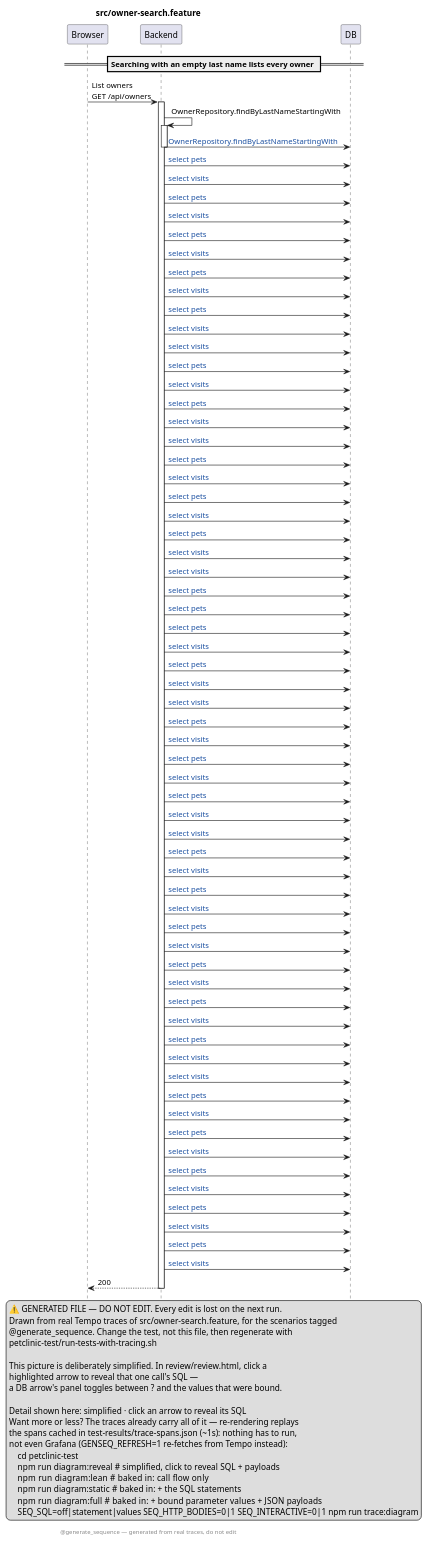
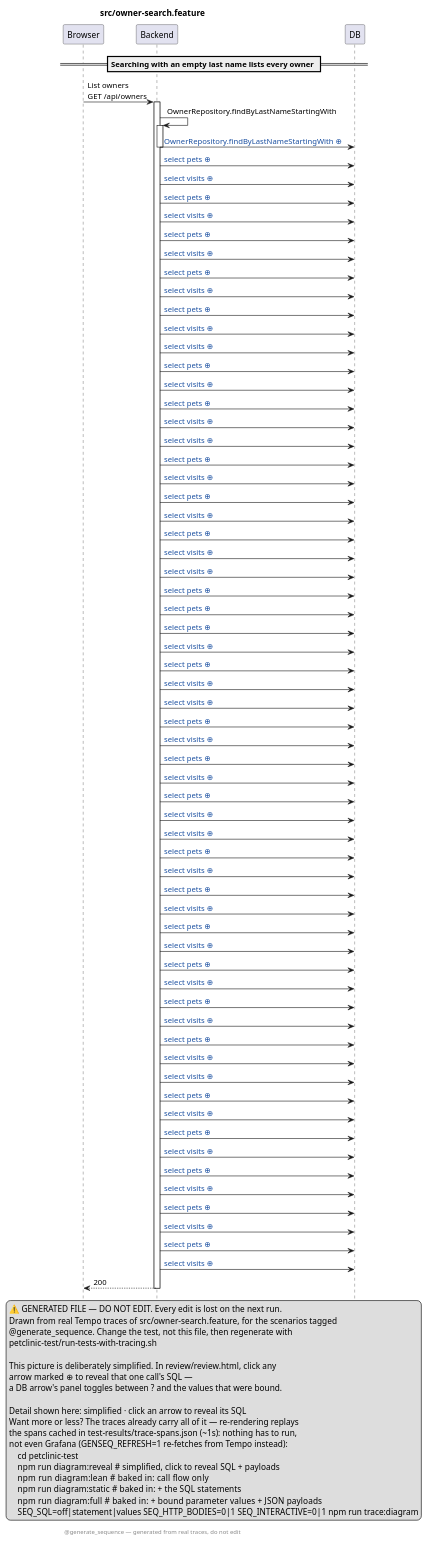
Before and after one commit to victorrentea/petclinic: the diagram in petclinic-test/src/owner-search.feature.genseq.puml, drawn with PlantUML. The commit also changed 4 other files, not shown here.

```diff
--- a/petclinic-test/src/owner-search.feature.genseq.puml
+++ b/petclinic-test/src/owner-search.feature.genseq.puml
@@ -1,101 +1,101 @@
 @startuml
 ' ⚠️  GENERATED FILE — DO NOT EDIT. Every edit is lost on the next run.
 hide footbox
 skinparam hyperlinkUnderline false
 skinparam hyperlinkColor #1A4FA0
 title src/owner-search.feature
 legend right
   ⚠️  GENERATED FILE — DO NOT EDIT. Every edit is lost on the next run.
   Drawn from real Tempo traces of src/owner-search.feature, for the scenarios tagged
   @generate_sequence. Change the test, not this file, then regenerate with
   petclinic-test/run-tests-with-tracing.sh
  
-  This picture is deliberately simplified. In review/review.html, click a
-  highlighted arrow to reveal that one call's SQL —
+  This picture is deliberately simplified. In review/review.html, click any
+  arrow marked ⊕ to reveal that one call's SQL —
   a DB arrow's panel toggles between ? and the values that were bound.
  
   Detail shown here: simplified · click an arrow to reveal its SQL
   Want more or less? The traces already carry all of it — re-rendering replays
   the spans cached in test-results/trace-spans.json (~1s): nothing has to run,
   not even Grafana (GENSEQ_REFRESH=1 re-fetches from Tempo instead):
       cd petclinic-test
       npm run diagram:reveal  # simplified, click to reveal SQL + payloads
       npm run diagram:lean    # baked in: call flow only
       npm run diagram:static  # baked in: + the SQL statements
       npm run diagram:full    # baked in: + bound parameter values + JSON payloads
       SEQ_SQL=off|statement|values SEQ_HTTP_BODIES=0|1 SEQ_INTERACTIVE=0|1 npm run trace:diagram
 end legend
 footer @generate_sequence — generated from real traces, do not edit
 participant Browser
 participant Backend
 participant DB
 == Searching with an empty last name lists every owner ==
 Browser -> Backend: List owners\nGET /api/owners
 activate Backend
 Backend -> Backend: OwnerRepository.findByLastNameStartingWith
 activate Backend
-Backend -> DB: [[genseq://143xe0l{Click for the statement behind this call} OwnerRepository.findByLastNameStartingWith]]
+Backend -> DB: [[genseq://143xe0l{Click for the statement behind this call} OwnerRepository.findByLastNameStartingWith ⊕]]
 deactivate Backend
-Backend -> DB: [[genseq://030w0nk{Click for the statement behind this call} select pets]]
-Backend -> DB: [[genseq://10rnkt2{Click for the statement behind this call} select visits]]
-Backend -> DB: [[genseq://12cxbed{Click for the statement behind this call} select pets]]
-Backend -> DB: [[genseq://1rd5zab{Click for the statement behind this call} select visits]]
-Backend -> DB: [[genseq://1lhvte6{Click for the statement behind this call} select pets]]
-Backend -> DB: [[genseq://0qfwtjs{Click for the statement behind this call} select visits]]
-Backend -> DB: [[genseq://0ro48t7{Click for the statement behind this call} select pets]]
-Backend -> DB: [[genseq://12kju0t{Click for the statement behind this call} select visits]]
-Backend -> DB: [[genseq://15zzto4{Click for the statement behind this call} select pets]]
-Backend -> DB: [[genseq://1d8mwan{Click for the statement behind this call} select visits]]
-Backend -> DB: [[genseq://15xst9u{Click for the statement behind this call} select visits]]
-Backend -> DB: [[genseq://13iqjmh{Click for the statement behind this call} select pets]]
-Backend -> DB: [[genseq://1jqi6is{Click for the statement behind this call} select visits]]
-Backend -> DB: [[genseq://0xadwiq{Click for the statement behind this call} select pets]]
-Backend -> DB: [[genseq://0e2q2mr{Click for the statement behind this call} select visits]]
-Backend -> DB: [[genseq://07l8tbd{Click for the statement behind this call} select visits]]
-Backend -> DB: [[genseq://0anjtf3{Click for the statement behind this call} select pets]]
-Backend -> DB: [[genseq://0vgb18m{Click for the statement behind this call} select visits]]
-Backend -> DB: [[genseq://1a2kb0l{Click for the statement behind this call} select pets]]
-Backend -> DB: [[genseq://14j6gcx{Click for the statement behind this call} select visits]]
-Backend -> DB: [[genseq://03vz36o{Click for the statement behind this call} select pets]]
-Backend -> DB: [[genseq://06ywl4f{Click for the statement behind this call} select visits]]
-Backend -> DB: [[genseq://04olwto{Click for the statement behind this call} select visits]]
-Backend -> DB: [[genseq://07iavpj{Click for the statement behind this call} select pets]]
-Backend -> DB: [[genseq://0ubcut6{Click for the statement behind this call} select pets]]
-Backend -> DB: [[genseq://14wf2jt{Click for the statement behind this call} select pets]]
-Backend -> DB: [[genseq://11b7ehu{Click for the statement behind this call} select visits]]
-Backend -> DB: [[genseq://051sbes{Click for the statement behind this call} select pets]]
-Backend -> DB: [[genseq://1vbxktp{Click for the statement behind this call} select visits]]
-Backend -> DB: [[genseq://0ajia2w{Click for the statement behind this call} select visits]]
-Backend -> DB: [[genseq://0spf7cb{Click for the statement behind this call} select pets]]
-Backend -> DB: [[genseq://17a5byz{Click for the statement behind this call} select visits]]
-Backend -> DB: [[genseq://18fvxsu{Click for the statement behind this call} select pets]]
-Backend -> DB: [[genseq://1ihzpvy{Click for the statement behind this call} select visits]]
-Backend -> DB: [[genseq://1s675dp{Click for the statement behind this call} select pets]]
-Backend -> DB: [[genseq://0rcydce{Click for the statement behind this call} select visits]]
-Backend -> DB: [[genseq://1wkauqj{Click for the statement behind this call} select visits]]
-Backend -> DB: [[genseq://1g1mcig{Click for the statement behind this call} select pets]]
-Backend -> DB: [[genseq://0bv2dmc{Click for the statement behind this call} select visits]]
-Backend -> DB: [[genseq://08flhmc{Click for the statement behind this call} select pets]]
-Backend -> DB: [[genseq://09dt3kp{Click for the statement behind this call} select visits]]
-Backend -> DB: [[genseq://05yc7kp{Click for the statement behind this call} select pets]]
-Backend -> DB: [[genseq://1y68i7e{Click for the statement behind this call} select visits]]
-Backend -> DB: [[genseq://0nxhhce{Click for the statement behind this call} select pets]]
-Backend -> DB: [[genseq://02pc187{Click for the statement behind this call} select visits]]
-Backend -> DB: [[genseq://1t4tyqj{Click for the statement behind this call} select pets]]
-Backend -> DB: [[genseq://17x2mkw{Click for the statement behind this call} select visits]]
-Backend -> DB: [[genseq://14hlqkw{Click for the statement behind this call} select pets]]
-Backend -> DB: [[genseq://0500thi{Click for the statement behind this call} select visits]]
-Backend -> DB: [[genseq://087zvcl{Click for the statement behind this call} select visits]]
-Backend -> DB: [[genseq://04sizcl{Click for the statement behind this call} select pets]]
-Backend -> DB: [[genseq://19oruhf{Click for the statement behind this call} select visits]]
-Backend -> DB: [[genseq://1uqrm7e{Click for the statement behind this call} select pets]]
-Backend -> DB: [[genseq://01hioeh{Click for the statement behind this call} select visits]]
-Backend -> DB: [[genseq://1yaz77b{Click for the statement behind this call} select pets]]
-Backend -> DB: [[genseq://1guqvms{Click for the statement behind this call} select visits]]
-Backend -> DB: [[genseq://0xjxxgs{Click for the statement behind this call} select pets]]
-Backend -> DB: [[genseq://0c5lqob{Click for the statement behind this call} select visits]]
-Backend -> DB: [[genseq://0wu9h9z{Click for the statement behind this call} select pets]]
-Backend -> DB: [[genseq://0wpngrl{Click for the statement behind this call} select visits]]
+Backend -> DB: [[genseq://030w0nk{Click for the statement behind this call} select pets ⊕]]
+Backend -> DB: [[genseq://10rnkt2{Click for the statement behind this call} select visits ⊕]]
+Backend -> DB: [[genseq://12cxbed{Click for the statement behind this call} select pets ⊕]]
+Backend -> DB: [[genseq://1rd5zab{Click for the statement behind this call} select visits ⊕]]
+Backend -> DB: [[genseq://1lhvte6{Click for the statement behind this call} select pets ⊕]]
+Backend -> DB: [[genseq://0qfwtjs{Click for the statement behind this call} select visits ⊕]]
+Backend -> DB: [[genseq://0ro48t7{Click for the statement behind this call} select pets ⊕]]
+Backend -> DB: [[genseq://12kju0t{Click for the statement behind this call} select visits ⊕]]
+Backend -> DB: [[genseq://15zzto4{Click for the statement behind this call} select pets ⊕]]
+Backend -> DB: [[genseq://1d8mwan{Click for the statement behind this call} select visits ⊕]]
+Backend -> DB: [[genseq://15xst9u{Click for the statement behind this call} select visits ⊕]]
+Backend -> DB: [[genseq://13iqjmh{Click for the statement behind this call} select pets ⊕]]
+Backend -> DB: [[genseq://1jqi6is{Click for the statement behind this call} select visits ⊕]]
+Backend -> DB: [[genseq://0xadwiq{Click for the statement behind this call} select pets ⊕]]
+Backend -> DB: [[genseq://0e2q2mr{Click for the statement behind this call} select visits ⊕]]
+Backend -> DB: [[genseq://07l8tbd{Click for the statement behind this call} select visits ⊕]]
+Backend -> DB: [[genseq://0anjtf3{Click for the statement behind this call} select pets ⊕]]
+Backend -> DB: [[genseq://0vgb18m{Click for the statement behind this call} select visits ⊕]]
+Backend -> DB: [[genseq://1a2kb0l{Click for the statement behind this call} select pets ⊕]]
+Backend -> DB: [[genseq://14j6gcx{Click for the statement behind this call} select visits ⊕]]
+Backend -> DB: [[genseq://03vz36o{Click for the statement behind this call} select pets ⊕]]
+Backend -> DB: [[genseq://06ywl4f{Click for the statement behind this call} select visits ⊕]]
+Backend -> DB: [[genseq://04olwto{Click for the statement behind this call} select visits ⊕]]
+Backend -> DB: [[genseq://07iavpj{Click for the statement behind this call} select pets ⊕]]
+Backend -> DB: [[genseq://0ubcut6{Click for the statement behind this call} select pets ⊕]]
+Backend -> DB: [[genseq://14wf2jt{Click for the statement behind this call} select pets ⊕]]
+Backend -> DB: [[genseq://11b7ehu{Click for the statement behind this call} select visits ⊕]]
+Backend -> DB: [[genseq://051sbes{Click for the statement behind this call} select pets ⊕]]
+Backend -> DB: [[genseq://1vbxktp{Click for the statement behind this call} select visits ⊕]]
+Backend -> DB: [[genseq://0ajia2w{Click for the statement behind this call} select visits ⊕]]
+Backend -> DB: [[genseq://0spf7cb{Click for the statement behind this call} select pets ⊕]]
+Backend -> DB: [[genseq://17a5byz{Click for the statement behind this call} select visits ⊕]]
+Backend -> DB: [[genseq://18fvxsu{Click for the statement behind this call} select pets ⊕]]
+Backend -> DB: [[genseq://1ihzpvy{Click for the statement behind this call} select visits ⊕]]
+Backend -> DB: [[genseq://1s675dp{Click for the statement behind this call} select pets ⊕]]
+Backend -> DB: [[genseq://0rcydce{Click for the statement behind this call} select visits ⊕]]
+Backend -> DB: [[genseq://1wkauqj{Click for the statement behind this call} select visits ⊕]]
+Backend -> DB: [[genseq://1g1mcig{Click for the statement behind this call} select pets ⊕]]
+Backend -> DB: [[genseq://0bv2dmc{Click for the statement behind this call} select visits ⊕]]
+Backend -> DB: [[genseq://08flhmc{Click for the statement behind this call} select pets ⊕]]
+Backend -> DB: [[genseq://09dt3kp{Click for the statement behind this call} select visits ⊕]]
+Backend -> DB: [[genseq://05yc7kp{Click for the statement behind this call} select pets ⊕]]
+Backend -> DB: [[genseq://1y68i7e{Click for the statement behind this call} select visits ⊕]]
+Backend -> DB: [[genseq://0nxhhce{Click for the statement behind this call} select pets ⊕]]
+Backend -> DB: [[genseq://02pc187{Click for the statement behind this call} select visits ⊕]]
+Backend -> DB: [[genseq://1t4tyqj{Click for the statement behind this call} select pets ⊕]]
+Backend -> DB: [[genseq://17x2mkw{Click for the statement behind this call} select visits ⊕]]
+Backend -> DB: [[genseq://14hlqkw{Click for the statement behind this call} select pets ⊕]]
+Backend -> DB: [[genseq://0500thi{Click for the statement behind this call} select visits ⊕]]
+Backend -> DB: [[genseq://087zvcl{Click for the statement behind this call} select visits ⊕]]
+Backend -> DB: [[genseq://04sizcl{Click for the statement behind this call} select pets ⊕]]
+Backend -> DB: [[genseq://19oruhf{Click for the statement behind this call} select visits ⊕]]
+Backend -> DB: [[genseq://1uqrm7e{Click for the statement behind this call} select pets ⊕]]
+Backend -> DB: [[genseq://01hioeh{Click for the statement behind this call} select visits ⊕]]
+Backend -> DB: [[genseq://1yaz77b{Click for the statement behind this call} select pets ⊕]]
+Backend -> DB: [[genseq://1guqvms{Click for the statement behind this call} select visits ⊕]]
+Backend -> DB: [[genseq://0xjxxgs{Click for the statement behind this call} select pets ⊕]]
+Backend -> DB: [[genseq://0c5lqob{Click for the statement behind this call} select visits ⊕]]
+Backend -> DB: [[genseq://0wu9h9z{Click for the statement behind this call} select pets ⊕]]
+Backend -> DB: [[genseq://0wpngrl{Click for the statement behind this call} select visits ⊕]]
 Backend --> Browser: 200
 deactivate Backend
 @enduml
```
